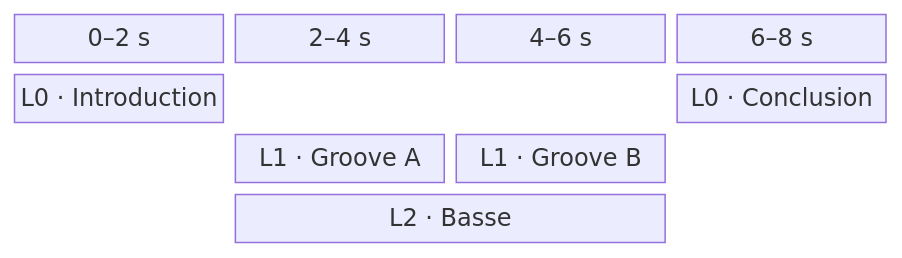
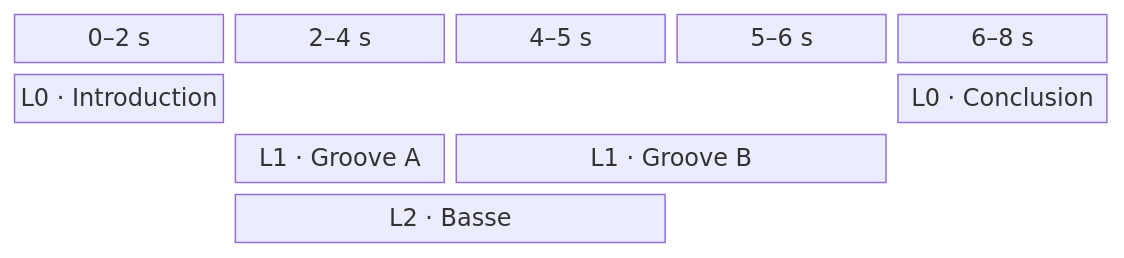
The third of 4 diagrams in architecture.md (LucasBertrand/pianola-doc), drawn with Mermaid before and after one commit. The commit also changed other lines of this file and 1 other file, not shown here.

Commit message:
Refactor architecture rules, reconcile playback contracts and document open decisions

````diff
--- a/architecture.md
+++ b/architecture.md
@@ -920,8 +910,8 @@
 ```mermaid
 block-beta
-    columns 4
-    t0["0–2 s"] t1["2–4 s"] t2["4–6 s"] t3["6–8 s"]
-    intro["L0 · Introduction"] space:2 conclusion["L0 · Conclusion"]
-    space grooveA["L1 · Groove A"] grooveB["L1 · Groove B"] space
-    space bass["L2 · Basse"]:2 space
+    columns 5
+    t0["0–2 s"] t1["2–4 s"] t2["4–5 s"] t3["5–6 s"] t4["6–8 s"]
+    intro["L0 · Introduction"] space:3 conclusion["L0 · Conclusion"]
+    space grooveA["L1 · Groove A"] grooveB["L1 · Groove B"]:2 space
+    space bass["L2 · Basse"]:2 space:2
 ```
````
